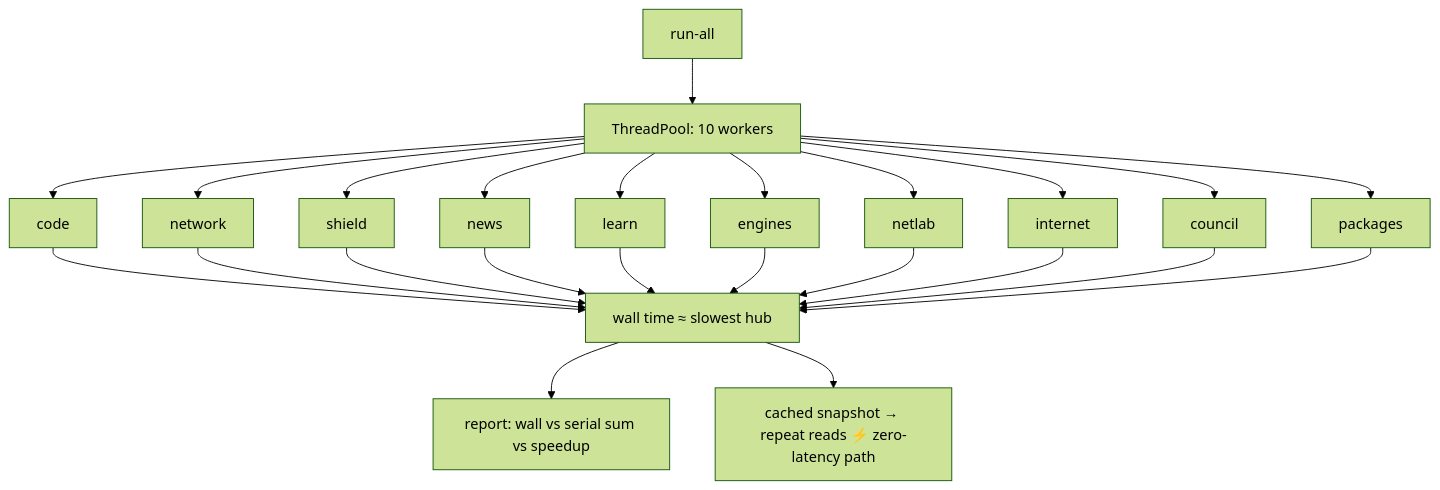
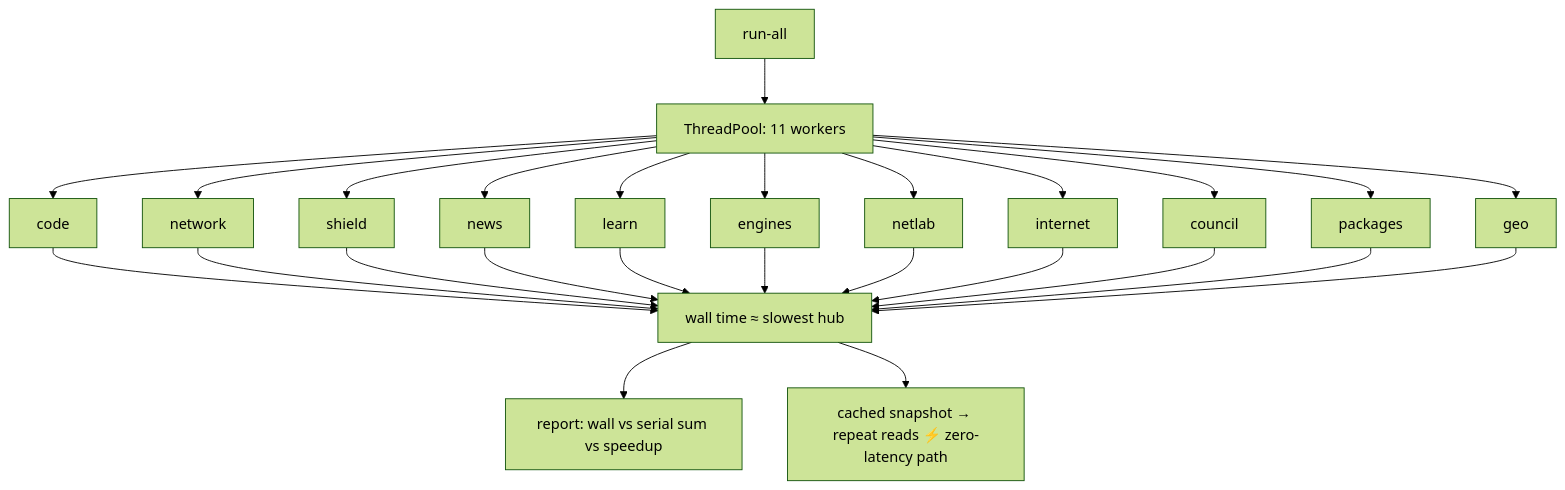
Before and after one commit to kimanicollier44-cmyk/NetX: diagram 16 of 18 in README.md, drawn with Mermaid (forest theme). The commit also changed other lines of this file and 7 other files, not shown here.

````diff
--- a/README.md
+++ b/README.md
@@ -406,8 +406,8 @@
 ```mermaid
 flowchart TD
-    A[run-all] --> B[ThreadPool: 10 workers]
-    B --> C[code] & D[network] & E[shield] & F[news] & G[learn] & H[engines] & I[netlab] & J[internet] & K[council] & P[packages]
-    C & D & E & F & G & H & I & J & K & P --> L[wall time ≈ slowest hub]
+    A[run-all] --> B[ThreadPool: 11 workers]
+    B --> C[code] & D[network] & E[shield] & F[news] & G[learn] & H[engines] & I[netlab] & J[internet] & K[council] & P[packages] & Q[geo]
+    C & D & E & F & G & H & I & J & K & P & Q --> L[wall time ≈ slowest hub]
     L --> M[report: wall vs serial sum vs speedup]
     L --> N[cached snapshot → repeat reads ⚡ zero-latency path]
 ```
````
